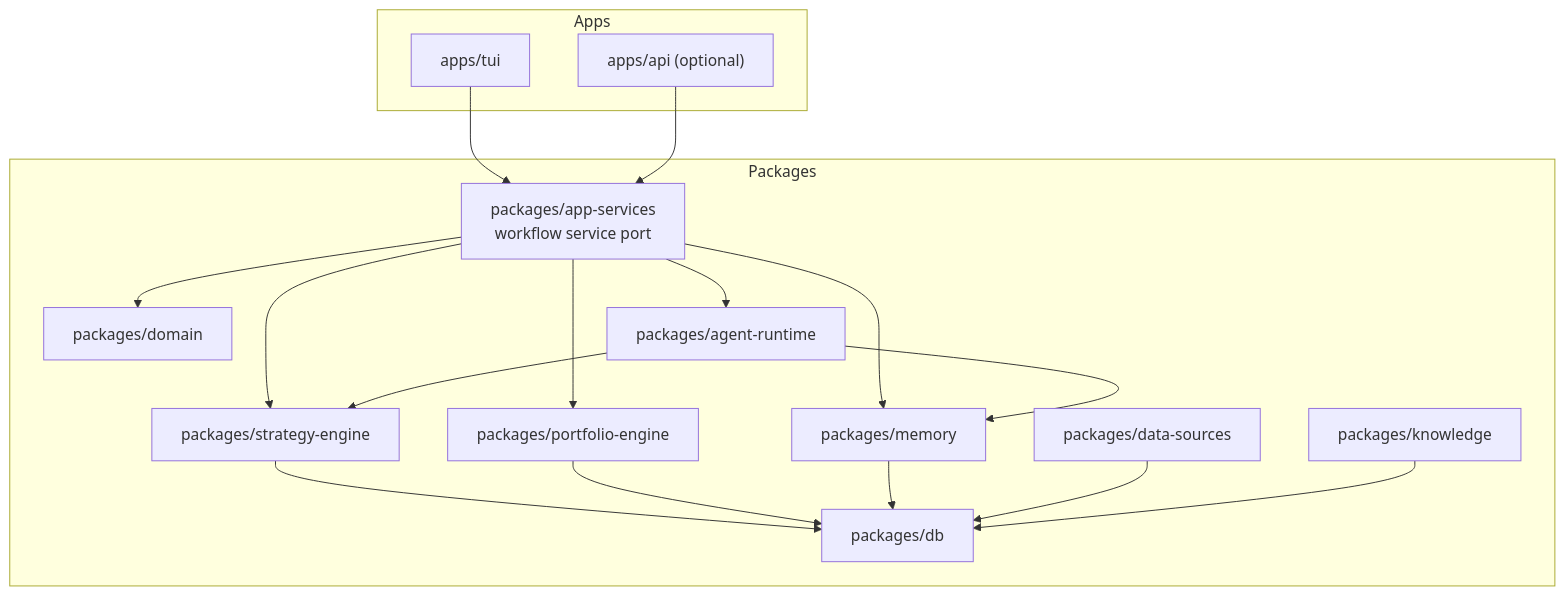
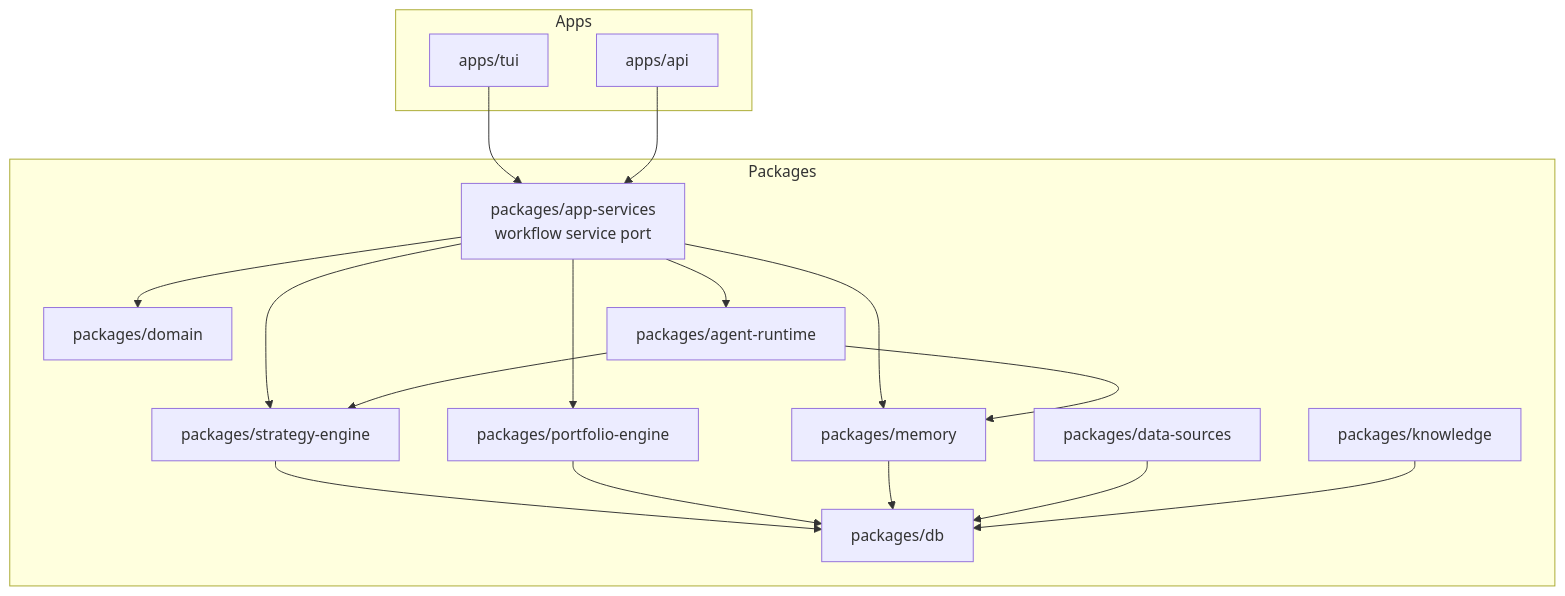
The third of 5 diagrams in docs/architecture.md (decocereus/tradeai), drawn with Mermaid before and after one commit. The commit also changed other lines of this file and 9 other files, not shown here.

````diff
--- a/docs/architecture.md
+++ b/docs/architecture.md
@@ -61,34 +62,34 @@
 ```mermaid
 flowchart TB
     subgraph Apps
         TUI["apps/tui"]
-        API["apps/api (optional)"]
+        API["apps/api"]
     end
 
     subgraph Packages
         DOMAIN["packages/domain"]
         DB["packages/db"]
         SOURCES["packages/data-sources"]
         KNOW["packages/knowledge"]
         STRAT["packages/strategy-engine"]
         PORT["packages/portfolio-engine"]
         MEM["packages/memory"]
         AGENT["packages/agent-runtime"]
         APPSVC["packages/app-services<br/>workflow service port"]
     end
 
     TUI --> APPSVC
     API --> APPSVC
     APPSVC --> STRAT
     APPSVC --> PORT
     APPSVC --> MEM
     APPSVC --> AGENT
     STRAT --> DB
     PORT --> DB
     MEM --> DB
     AGENT --> MEM
     AGENT --> STRAT
     SOURCES --> DB
     KNOW --> DB
     APPSVC --> DOMAIN
 ```
````
